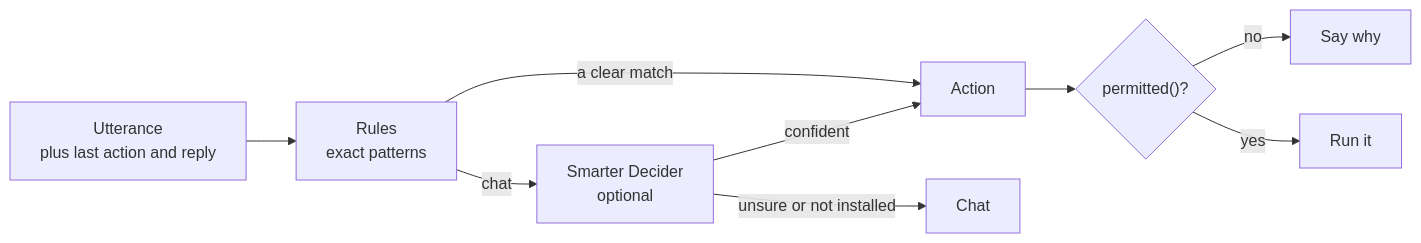
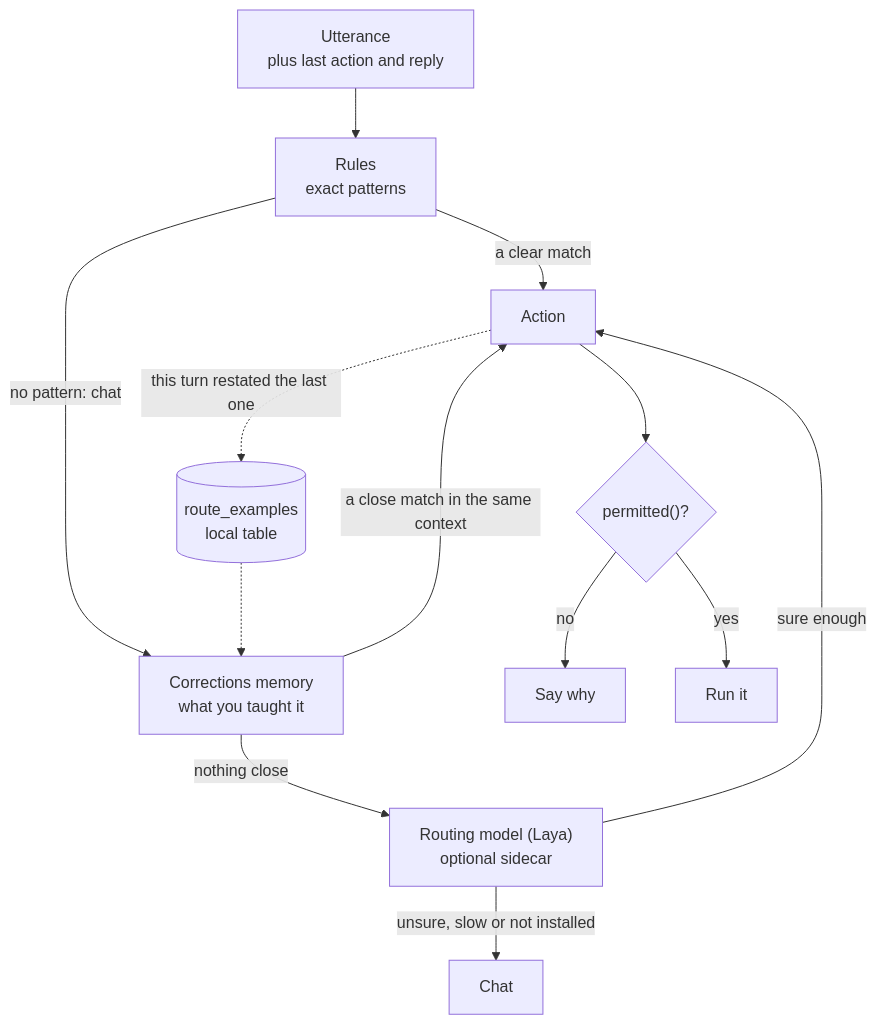
One commit to rithulkamesh/sunday changed the fifth of 9 diagrams in docs/ARCHITECTURE.md. Above: the diagram before and after it, drawn with Mermaid. The commit also changed other lines of this file and 2 other files, not shown here.

Commit message:
Router: end-to-end held-out test, Rules baseline, routing diagram

````diff
--- a/docs/ARCHITECTURE.md
+++ b/docs/ARCHITECTURE.md
@@ -132,11 +132,15 @@
 ```mermaid
-flowchart LR
+flowchart TD
     u["Utterance<br/>plus last action and reply"] --> r["Rules<br/>exact patterns"]
     r -- "a clear match" --> a["Action"]
-    r -- "chat" --> d["Smarter Decider<br/>optional"]
-    d -- "confident" --> a
-    d -- "unsure or not installed" --> chat["Chat"]
+    r -- "no pattern: chat" --> m["Corrections memory<br/>what you taught it"]
+    m -- "a close match in the same context" --> a
+    m -- "nothing close" --> d["Routing model (Laya)<br/>optional sidecar"]
+    d -- "sure enough" --> a
+    d -- "unsure, slow or not installed" --> chat["Chat"]
     a --> p{"permitted()?"}
     p -- "no" --> why["Say why"]
     p -- "yes" --> go["Run it"]
+    a -. "this turn restated the last one" .-> learn[("route_examples<br/>local table")]
+    learn -.-> m
 ```
````
